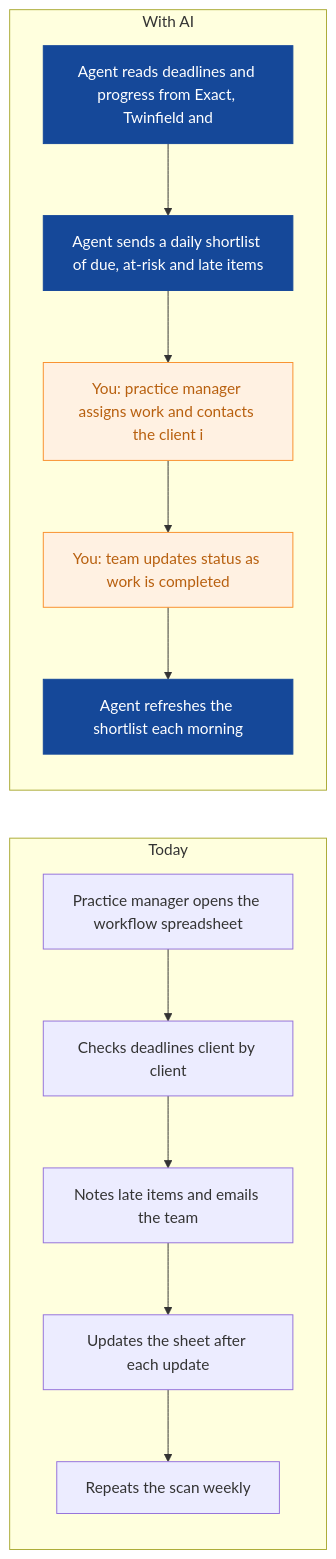
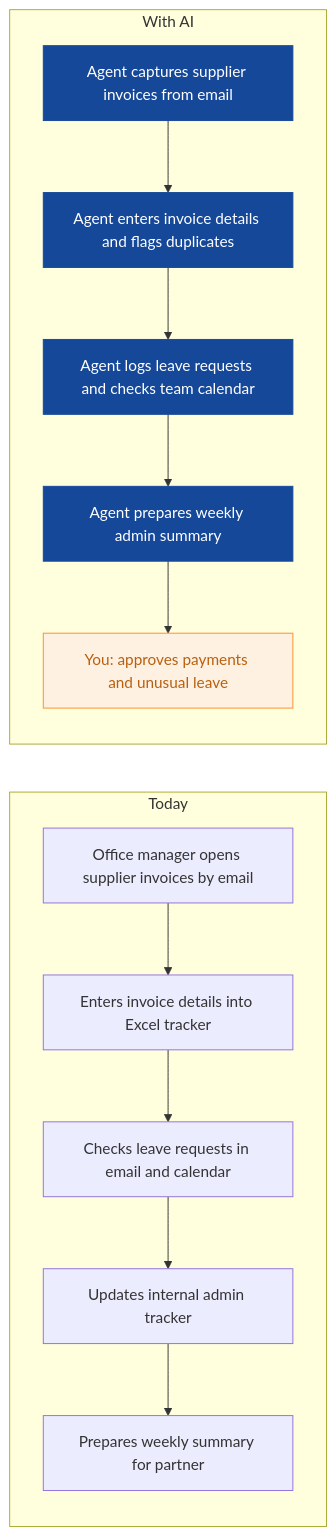
One commit to nexibeo/Complete-AI-Strategy changed the ninth of 9 diagrams in strategies/brightwater-accountancy.md. Above: the diagram before and after it, drawn with Mermaid. The commit also changed other lines of this file and 26 other files, not shown here.

````diff
--- a/strategies/brightwater-accountancy.md
+++ b/strategies/brightwater-accountancy.md
@@ -279,23 +285,23 @@
 ```mermaid
 flowchart LR
   subgraph Today
-    B0["Practice manager opens the workflow spreadsheet"]
-    B1["Checks deadlines client by client"]
-    B2["Notes late items and emails the team"]
-    B3["Updates the sheet after each update"]
-    B4["Repeats the scan weekly"]
+    B0["Office manager opens supplier invoices by email"]
+    B1["Enters invoice details into Excel tracker"]
+    B2["Checks leave requests in email and calendar"]
+    B3["Updates internal admin tracker"]
+    B4["Prepares weekly summary for partner"]
     B0 --> B1 --> B2 --> B3 --> B4
   end
   subgraph WithAI[With AI]
-    A0["Agent reads deadlines and progress from Exact, Twinfield and"]
-    A1["Agent sends a daily shortlist of due, at-risk and late items"]
-    A2["You: practice manager assigns work and contacts the client i"]
-    A3["You: team updates status as work is completed"]
-    A4["Agent refreshes the shortlist each morning"]
+    A0["Agent captures supplier invoices from email"]
+    A1["Agent enters invoice details and flags duplicates"]
+    A2["Agent logs leave requests and checks team calendar"]
+    A3["Agent prepares weekly admin summary"]
+    A4["You: approves payments and unusual leave"]
     A0 --> A1 --> A2 --> A3 --> A4
   end
   classDef ai fill:#154899,color:#fff,stroke:#154899
   classDef human fill:#FFF1E2,color:#B8600F,stroke:#F98F2C
-  class A0,A1,A4 ai
-  class A2,A3 human
+  class A0,A1,A2,A3 ai
+  class A4 human
 ```
````
